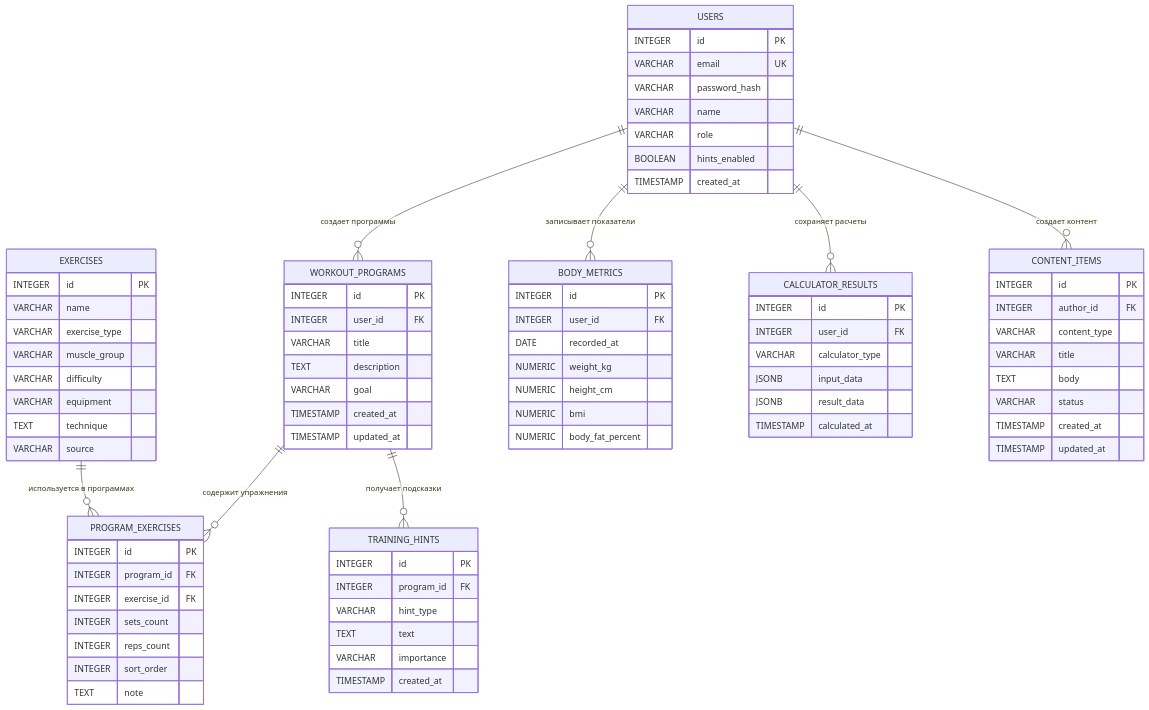
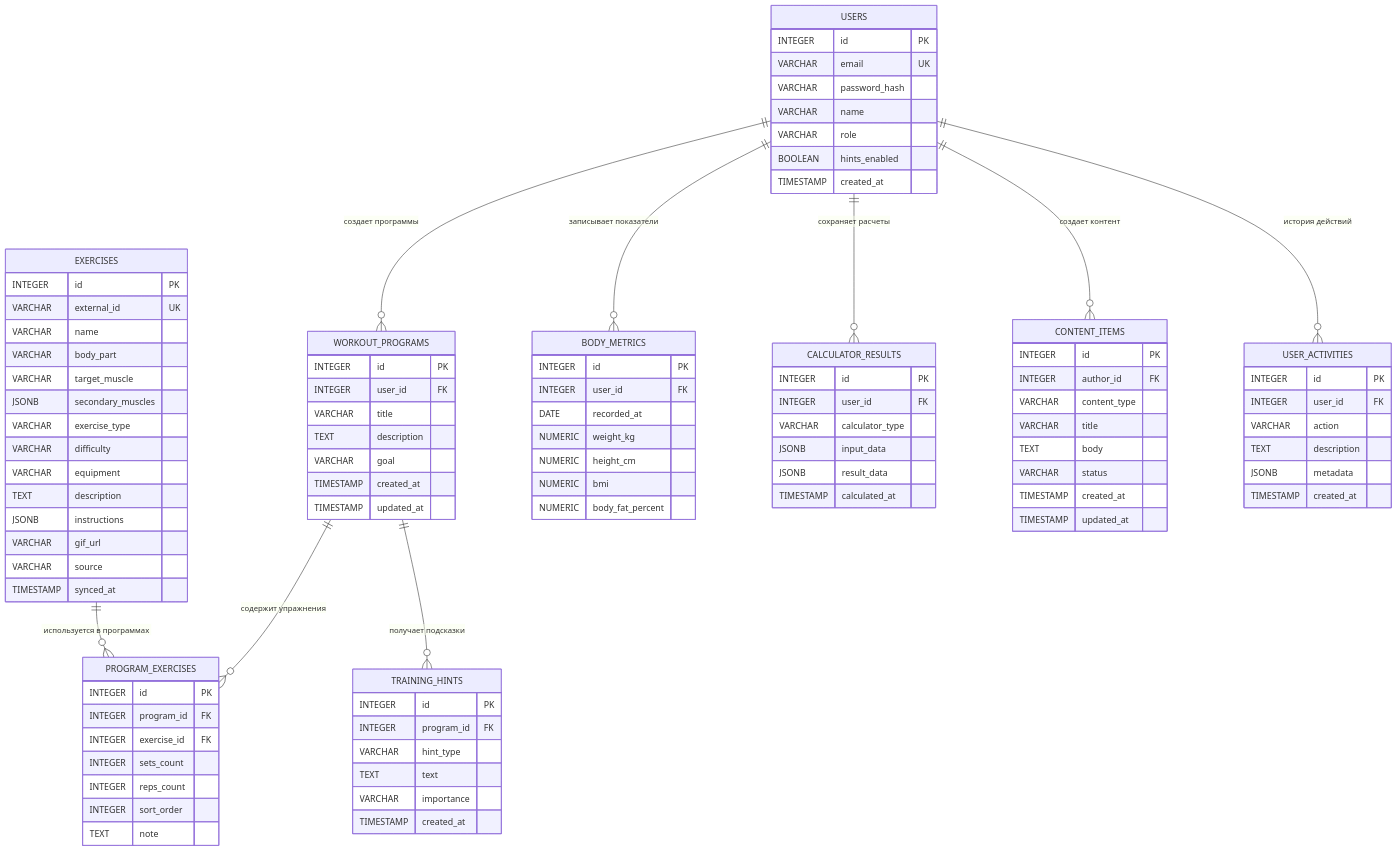
The diagram in erd.md (Empinado/F-easy), drawn with Mermaid before and after one commit. The commit also changed other lines of this file and 5 other files, not shown here.

````diff
--- a/erd.md
+++ b/erd.md
@@ -18,13 +18,19 @@
 
     EXERCISES {
         INTEGER id PK
+        VARCHAR external_id UK
         VARCHAR name
+        VARCHAR body_part
+        VARCHAR target_muscle
+        JSONB secondary_muscles
         VARCHAR exercise_type
-        VARCHAR muscle_group
         VARCHAR difficulty
         VARCHAR equipment
-        TEXT technique
+        TEXT description
+        JSONB instructions
+        VARCHAR gif_url
         VARCHAR source
+        TIMESTAMP synced_at
     }
 
     WORKOUT_PROGRAMS {
@@ -86,6 +92,15 @@
         TIMESTAMP updated_at
     }
 
+    USER_ACTIVITIES {
+        INTEGER id PK
+        INTEGER user_id FK
+        VARCHAR action
+        TEXT description
+        JSONB metadata
+        TIMESTAMP created_at
+    }
+
     USERS ||--o{ WORKOUT_PROGRAMS : "создает программы"
     WORKOUT_PROGRAMS ||--o{ PROGRAM_EXERCISES : "содержит упражнения"
     EXERCISES ||--o{ PROGRAM_EXERCISES : "используется в программах"
@@ -93,4 +108,5 @@
     USERS ||--o{ BODY_METRICS : "записывает показатели"
     USERS ||--o{ CALCULATOR_RESULTS : "сохраняет расчеты"
     USERS ||--o{ CONTENT_ITEMS : "создает контент"
+    USERS ||--o{ USER_ACTIVITIES : "история действий"
 ```
````
